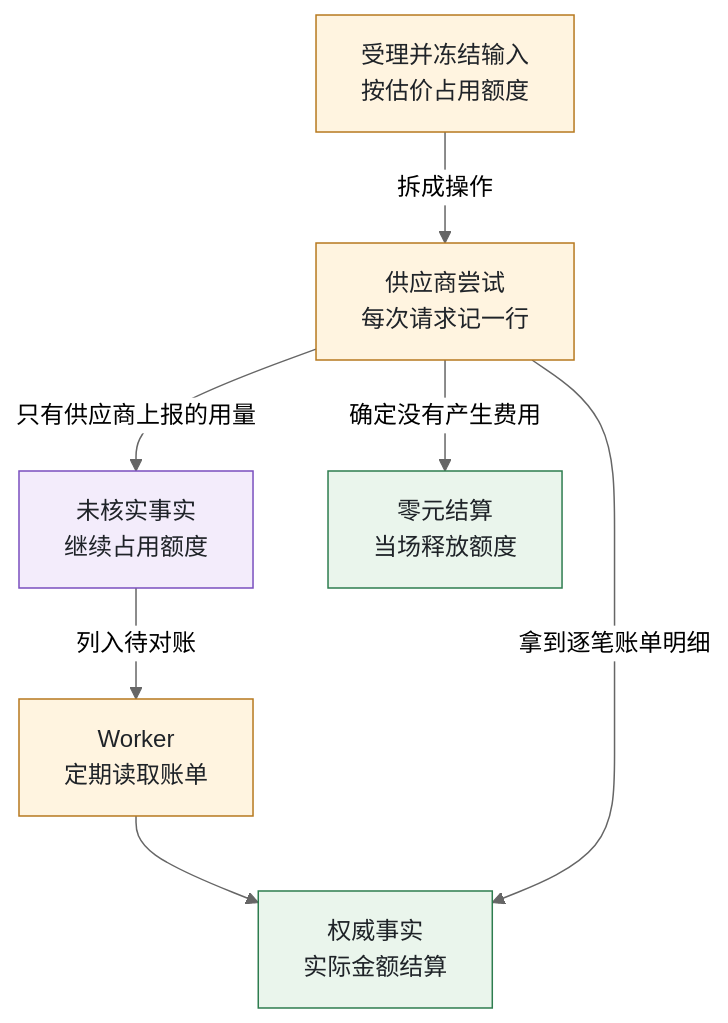
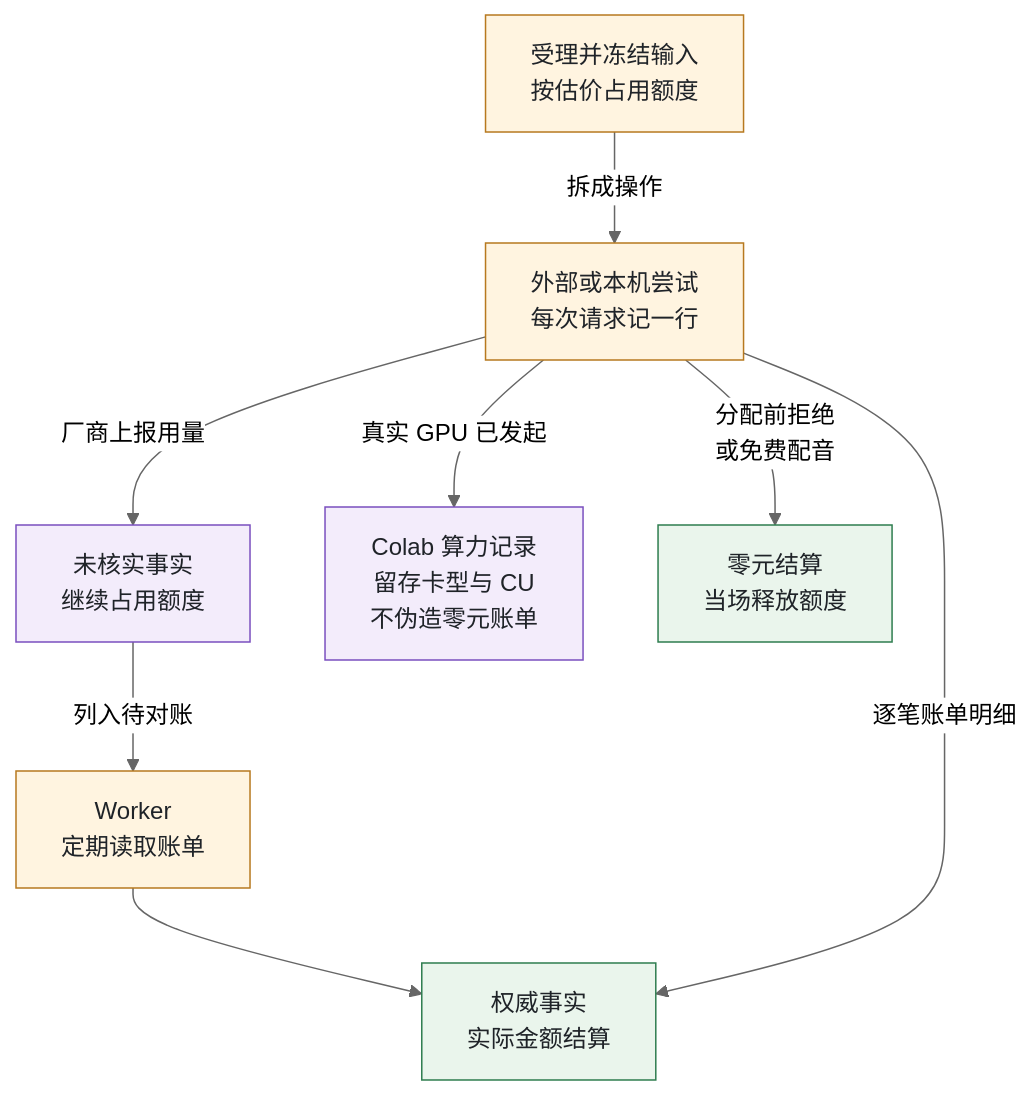
One commit to yaoziyaoguai/video-factory changed the fifth of 11 diagrams in README.md. Above: the diagram before and after it, drawn with Mermaid (neutral theme). The commit also changed other lines of this file and 6 other files, not shown here.

Commit message:
docs(readme): refresh hero cover, model pool screenshots, and architecture diagrams [skip ci]

````diff
--- a/README.md
+++ b/README.md
@@ -210,16 +226,19 @@
 ```mermaid
 flowchart TB
-  RUN["受理并冻结输入<br/>按估价占用额度"] -->|"拆成操作"| ATTEMPT["供应商尝试<br/>每次请求记一行"]
-  ATTEMPT -->|"只有供应商上报的用量"| UNVERIFIED["未核实事实<br/>继续占用额度"]
+  RUN["受理并冻结输入<br/>按估价占用额度"] -->|"拆成操作"| ATTEMPT["外部或本机尝试<br/>每次请求记一行"]
+  ATTEMPT -->|"厂商上报用量"| UNVERIFIED["未核实事实<br/>继续占用额度"]
   UNVERIFIED -->|"列入待对账"| RECON["Worker<br/>定期读取账单"]
   RECON --> FINAL["权威事实<br/>实际金额结算"]
-  ATTEMPT -->|"拿到逐笔账单明细"| FINAL
-  ATTEMPT -->|"确定没有产生费用"| ZERO["零元结算<br/>当场释放额度"]
+  ATTEMPT -->|"逐笔账单明细"| FINAL
+  ATTEMPT -->|"真实 GPU 已发起"| COLAB_CU["Colab 算力记录<br/>留存卡型与 CU<br/>不伪造零元账单"]
+  ATTEMPT -->|"分配前拒绝<br/>或免费配音"| ZERO["零元结算<br/>当场释放额度"]
+  ZERO ~~~ PAD[" "]
+  style PAD fill:none,stroke:none
 
   classDef cMake fill:#FFF4E0,stroke:#B7791F,color:#1F2328
   classDef cKeep fill:#EAF5EC,stroke:#2E7D4F,color:#1F2328
   classDef cWork fill:#F3ECFB,stroke:#7A4FBF,color:#1F2328
   class RUN,ATTEMPT,RECON cMake
   class ZERO,FINAL cKeep
-  class UNVERIFIED cWork
+  class UNVERIFIED,COLAB_CU cWork
 ```
````
